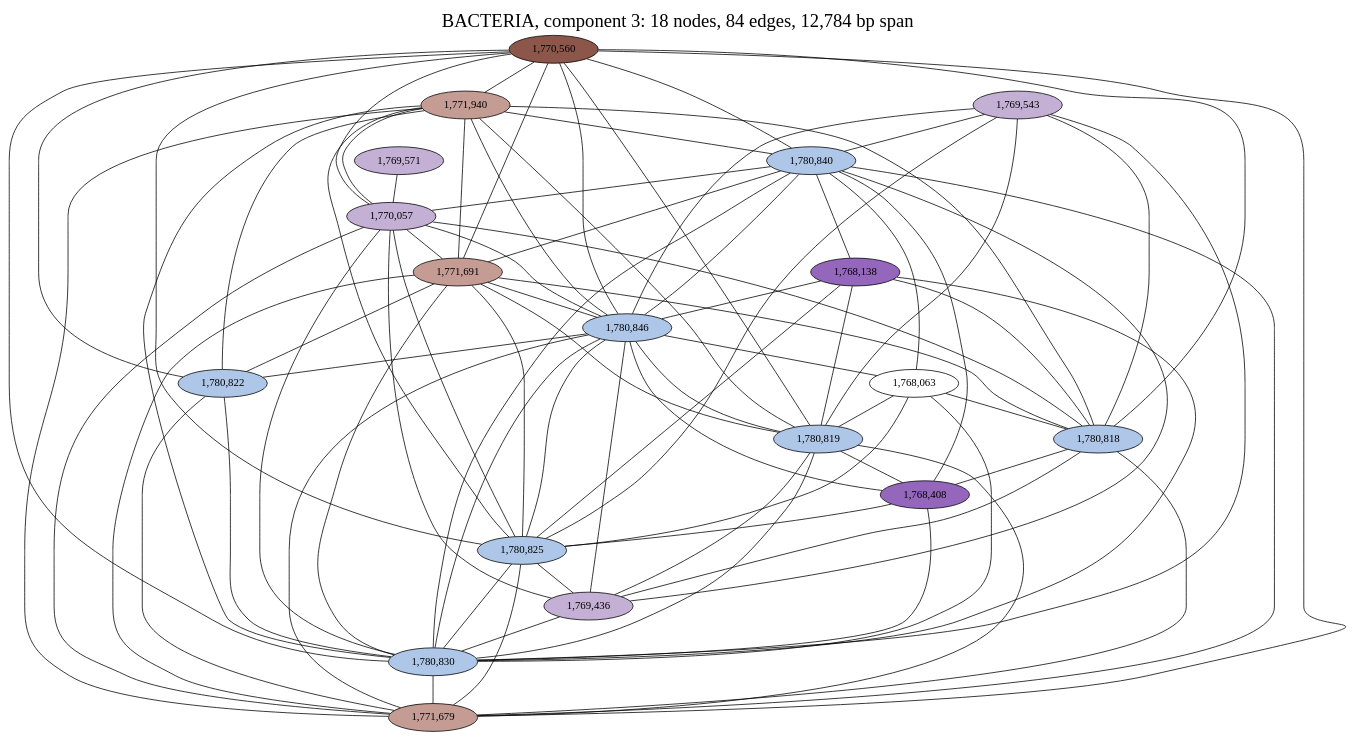
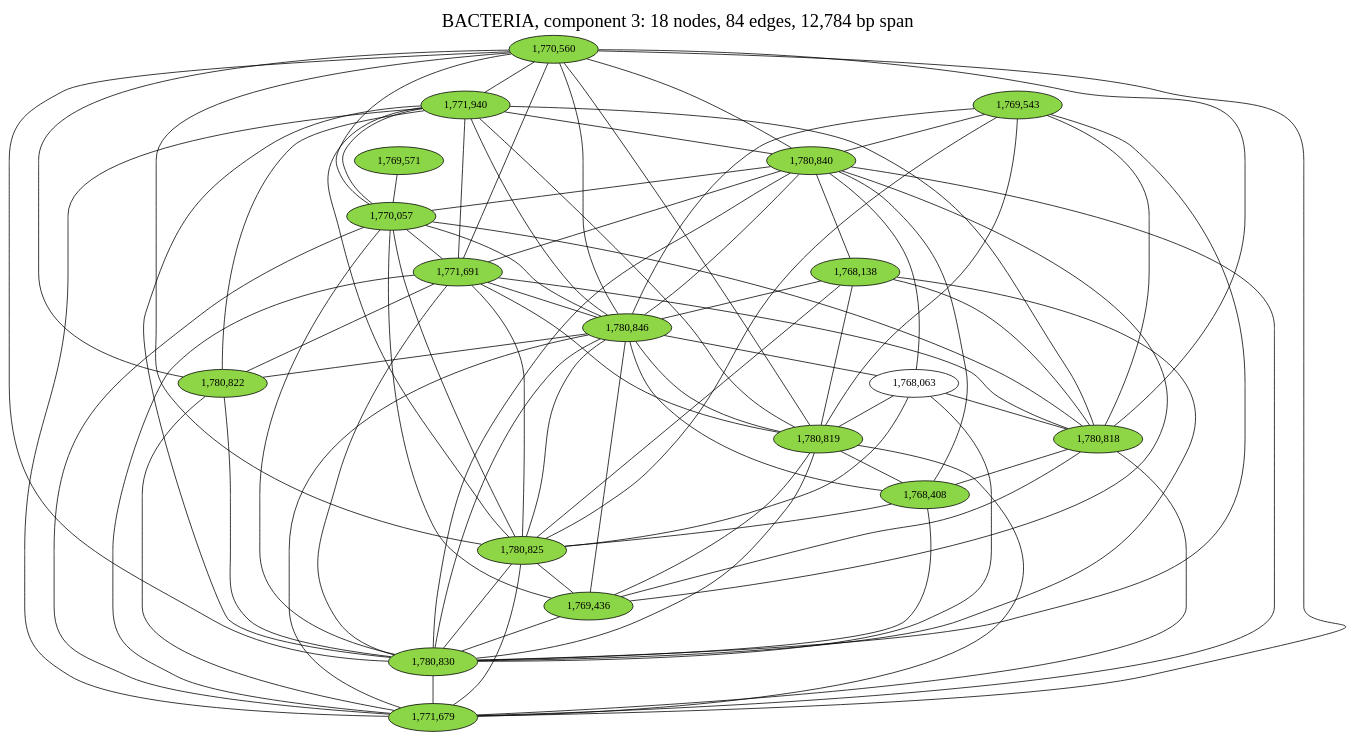
The diagram in notebooks/graphs/BACTERIA_cc3.gv (fedarko/sheepgut), drawn with Graphviz before and after one commit. The commit also changed 64 other files, not shown here.

Commit message:
use viridis for gene colors in LM graphs

```diff
--- a/notebooks/graphs/BACTERIA_cc3.gv
+++ b/notebooks/graphs/BACTERIA_cc3.gv
@@ -1,109 +1,109 @@
 graph BACTERIA_cc3 {
 	overlap="prism50";
 	outputorder="edgesfirst";
 	label="BACTERIA, component 3: 18 nodes, 84 edges, 12,784 bp span";
 	labelloc="t";
 	fontsize=24;
-	"1,770,560" [style="filled", fillcolor="#8c564b", fontcolor="#000000"];
-	"1,769,571" [style="filled", fillcolor="#c5b0d5", fontcolor="#000000"];
-	"1,771,940" [style="filled", fillcolor="#c49c94", fontcolor="#000000"];
-	"1,769,543" [style="filled", fillcolor="#c5b0d5", fontcolor="#000000"];
-	"1,780,840" [style="filled", fillcolor="#aec7e8", fontcolor="#000000"];
-	"1,770,057" [style="filled", fillcolor="#c5b0d5", fontcolor="#000000"];
-	"1,768,138" [style="filled", fillcolor="#9467bd", fontcolor="#000000"];
-	"1,771,691" [style="filled", fillcolor="#c49c94", fontcolor="#000000"];
-	"1,780,846" [style="filled", fillcolor="#aec7e8", fontcolor="#000000"];
+	"1,770,560" [style="filled", fillcolor="#8bd646", fontcolor="#000000"];
+	"1,769,571" [style="filled", fillcolor="#8bd646", fontcolor="#000000"];
+	"1,771,940" [style="filled", fillcolor="#8bd646", fontcolor="#000000"];
+	"1,769,543" [style="filled", fillcolor="#8bd646", fontcolor="#000000"];
+	"1,780,840" [style="filled", fillcolor="#8ed645", fontcolor="#000000"];
+	"1,770,057" [style="filled", fillcolor="#8bd646", fontcolor="#000000"];
+	"1,768,138" [style="filled", fillcolor="#8bd646", fontcolor="#000000"];
+	"1,771,691" [style="filled", fillcolor="#8bd646", fontcolor="#000000"];
+	"1,780,846" [style="filled", fillcolor="#8ed645", fontcolor="#000000"];
 	"1,768,063" [style="filled", fillcolor="#ffffff", fontcolor="#000000"];
-	"1,780,818" [style="filled", fillcolor="#aec7e8", fontcolor="#000000"];
-	"1,780,819" [style="filled", fillcolor="#aec7e8", fontcolor="#000000"];
-	"1,780,822" [style="filled", fillcolor="#aec7e8", fontcolor="#000000"];
-	"1,768,408" [style="filled", fillcolor="#9467bd", fontcolor="#000000"];
-	"1,780,825" [style="filled", fillcolor="#aec7e8", fontcolor="#000000"];
-	"1,769,436" [style="filled", fillcolor="#c5b0d5", fontcolor="#000000"];
-	"1,780,830" [style="filled", fillcolor="#aec7e8", fontcolor="#000000"];
-	"1,771,679" [style="filled", fillcolor="#c49c94", fontcolor="#000000"];
+	"1,780,818" [style="filled", fillcolor="#8ed645", fontcolor="#000000"];
+	"1,780,819" [style="filled", fillcolor="#8ed645", fontcolor="#000000"];
+	"1,780,822" [style="filled", fillcolor="#8ed645", fontcolor="#000000"];
+	"1,768,408" [style="filled", fillcolor="#8bd646", fontcolor="#000000"];
+	"1,780,825" [style="filled", fillcolor="#8ed645", fontcolor="#000000"];
+	"1,769,436" [style="filled", fillcolor="#8bd646", fontcolor="#000000"];
+	"1,780,830" [style="filled", fillcolor="#8ed645", fontcolor="#000000"];
+	"1,771,679" [style="filled", fillcolor="#8bd646", fontcolor="#000000"];
 	"1,770,560" -- "1,770,057";
 	"1,770,560" -- "1,771,679";
 	"1,770,560" -- "1,771,691";
 	"1,770,560" -- "1,771,940";
 	"1,770,560" -- "1,780,818";
 	"1,770,560" -- "1,780,819";
 	"1,770,560" -- "1,780,822";
 	"1,770,560" -- "1,780,825";
 	"1,770,560" -- "1,780,830";
 	"1,770,560" -- "1,780,840";
 	"1,770,560" -- "1,780,846";
 	"1,769,571" -- "1,770,057";
 	"1,771,940" -- "1,770,057";
 	"1,771,940" -- "1,771,679";
 	"1,771,940" -- "1,771,691";
 	"1,771,940" -- "1,780,818";
 	"1,771,940" -- "1,780,819";
 	"1,771,940" -- "1,780,822";
 	"1,771,940" -- "1,780,825";
 	"1,771,940" -- "1,780,830";
 	"1,771,940" -- "1,780,840";
 	"1,771,940" -- "1,780,846";
 	"1,769,543" -- "1,780,818";
 	"1,769,543" -- "1,780,819";
 	"1,769,543" -- "1,780,825";
 	"1,769,543" -- "1,780,830";
 	"1,769,543" -- "1,780,840";
 	"1,769,543" -- "1,780,846";
 	"1,780,840" -- "1,768,063";
 	"1,780,840" -- "1,768,138";
 	"1,780,840" -- "1,768,408";
 	"1,780,840" -- "1,769,436";
 	"1,780,840" -- "1,770,057";
 	"1,780,840" -- "1,771,679";
 	"1,780,840" -- "1,771,691";
 	"1,780,840" -- "1,780,830";
 	"1,780,840" -- "1,780,846";
 	"1,770,057" -- "1,769,436";
 	"1,770,057" -- "1,771,679";
 	"1,770,057" -- "1,771,691";
 	"1,770,057" -- "1,780,818";
 	"1,770,057" -- "1,780,825";
 	"1,770,057" -- "1,780,830";
 	"1,770,057" -- "1,780,846";
 	"1,768,138" -- "1,780,818";
 	"1,768,138" -- "1,780,819";
 	"1,768,138" -- "1,780,825";
 	"1,768,138" -- "1,780,830";
 	"1,768,138" -- "1,780,846";
 	"1,771,691" -- "1,771,679";
 	"1,771,691" -- "1,780,818";
 	"1,771,691" -- "1,780,819";
 	"1,771,691" -- "1,780,822";
 	"1,771,691" -- "1,780,825";
 	"1,771,691" -- "1,780,830";
 	"1,771,691" -- "1,780,846";
 	"1,780,846" -- "1,768,063";
 	"1,780,846" -- "1,768,408";
 	"1,780,846" -- "1,769,436";
 	"1,780,846" -- "1,771,679";
 	"1,780,846" -- "1,780,819";
 	"1,780,846" -- "1,780,822";
 	"1,780,846" -- "1,780,825";
 	"1,780,846" -- "1,780,830";
 	"1,768,063" -- "1,780,818";
 	"1,768,063" -- "1,780,819";
 	"1,768,063" -- "1,780,825";
 	"1,768,063" -- "1,780,830";
 	"1,780,818" -- "1,768,408";
 	"1,780,818" -- "1,769,436";
 	"1,780,818" -- "1,771,679";
 	"1,780,819" -- "1,768,408";
 	"1,780,819" -- "1,769,436";
 	"1,780,819" -- "1,771,679";
 	"1,780,819" -- "1,780,830";
 	"1,780,822" -- "1,771,679";
 	"1,780,822" -- "1,780,830";
 	"1,768,408" -- "1,780,825";
 	"1,768,408" -- "1,780,830";
 	"1,780,825" -- "1,769,436";
 	"1,780,825" -- "1,771,679";
 	"1,780,825" -- "1,780,830";
 	"1,769,436" -- "1,780,830";
 	"1,780,830" -- "1,771,679";
 }
```
